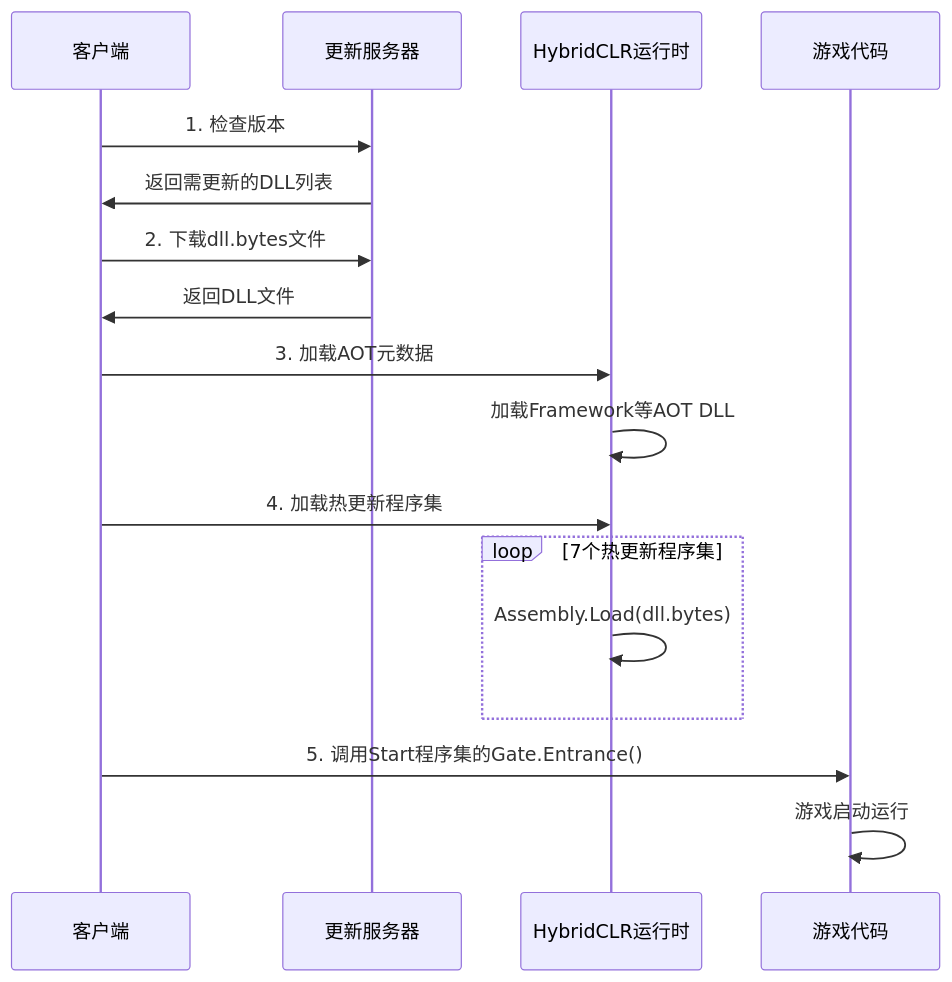
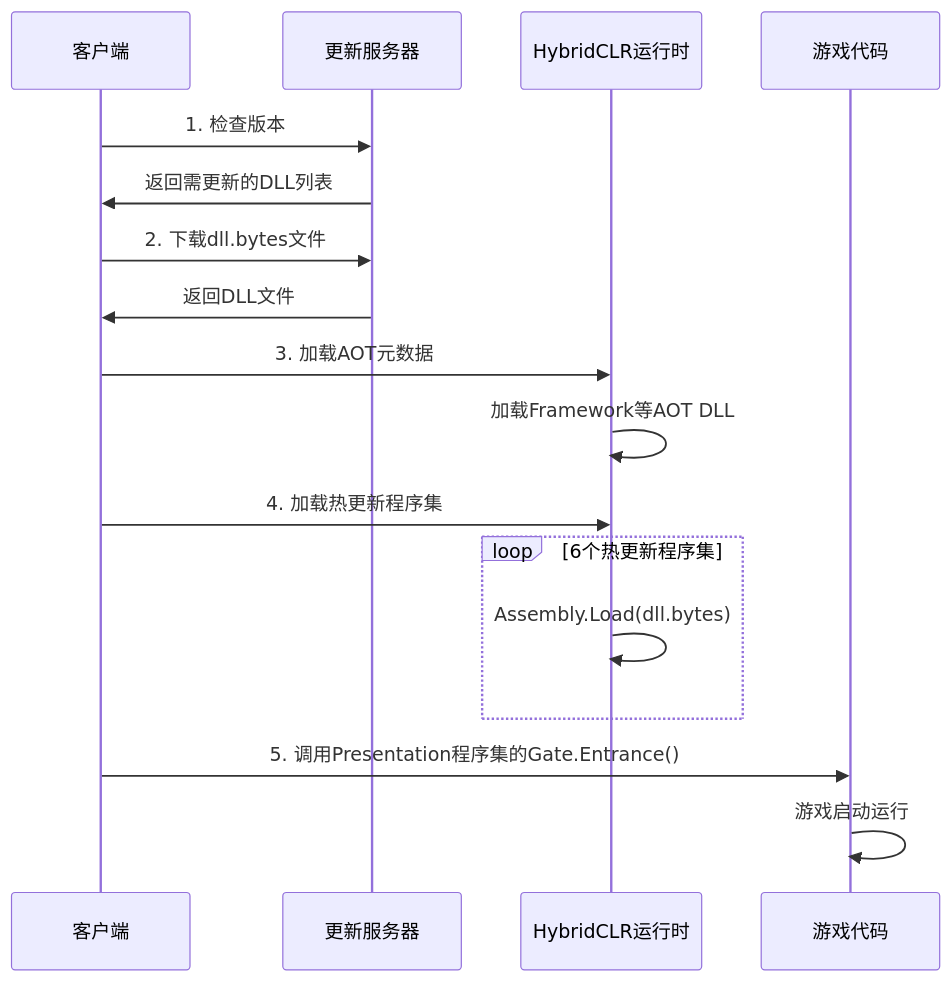
Before and after one commit to zlex001/LOA-Client: the sixth of 6 diagrams in Documents/Architecture/客户端分层架构.md, drawn with Mermaid. The commit also changed other lines of this file and 16 other files, not shown here.

````diff
--- a/Documents/Architecture/客户端分层架构.md
+++ b/Documents/Architecture/客户端分层架构.md
@@ -923,20 +885,20 @@
 ```mermaid
 sequenceDiagram
     participant Client as 客户端
     participant Server as 更新服务器
     participant HybridCLR as HybridCLR运行时
     participant Game as 游戏代码
     
     Client->>Server: 1. 检查版本
     Server->>Client: 返回需更新的DLL列表
     Client->>Server: 2. 下载dll.bytes文件
     Server->>Client: 返回DLL文件
     Client->>HybridCLR: 3. 加载AOT元数据
     HybridCLR->>HybridCLR: 加载Framework等AOT DLL
     Client->>HybridCLR: 4. 加载热更新程序集
-    loop 7个热更新程序集
+    loop 6个热更新程序集
         HybridCLR->>HybridCLR: Assembly.Load(dll.bytes)
     end
-    Client->>Game: 5. 调用Start程序集的Gate.Entrance()
+    Client->>Game: 5. 调用Presentation程序集的Gate.Entrance()
     Game->>Game: 游戏启动运行
 ```
````
